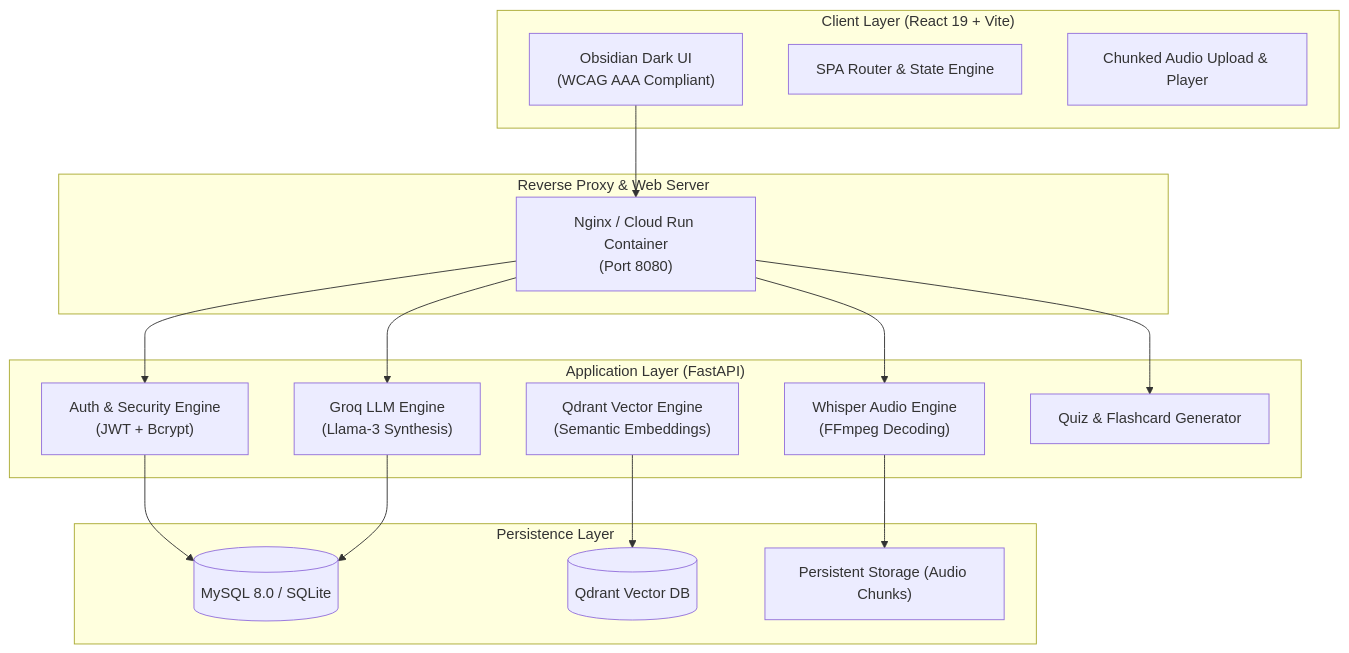
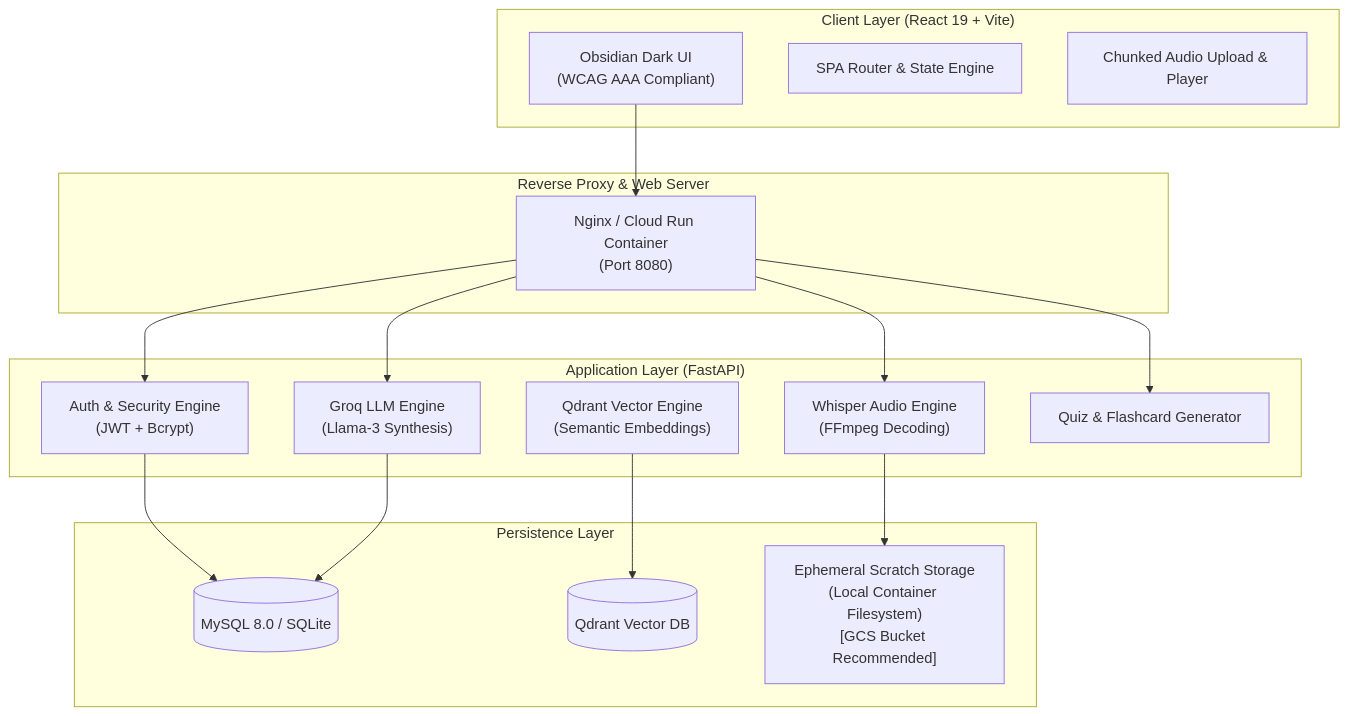
Before and after one commit to utsav890/SmartNotesGenerator: the diagram in README.md, drawn with Mermaid. The commit also changed other lines of this file and 14 other files, not shown here.

````diff
--- a/README.md
+++ b/README.md
@@ -31,37 +31,37 @@
 ```mermaid
 flowchart TD
     subgraph Client ["Client Layer (React 19 + Vite)"]
         UI["Obsidian Dark UI\n(WCAG AAA Compliant)"]
         Router["SPA Router & State Engine"]
         AudioUploader["Chunked Audio Upload & Player"]
     end
 
     subgraph Gateway ["Reverse Proxy & Web Server"]
         Nginx["Nginx / Cloud Run Container\n(Port 8080)"]
     end
 
     subgraph Backend ["Application Layer (FastAPI)"]
         AuthSvc["Auth & Security Engine\n(JWT + Bcrypt)"]
         TranscribeSvc["Whisper Audio Engine\n(FFmpeg Decoding)"]
         LLMSvc["Groq LLM Engine\n(Llama-3 Synthesis)"]
         VectorSvc["Qdrant Vector Engine\n(Semantic Embeddings)"]
         QuizEngine["Quiz & Flashcard Generator"]
     end
 
     subgraph Storage ["Persistence Layer"]
         DB[(MySQL 8.0 / SQLite)]
         VectorDB[(Qdrant Vector DB)]
-        DiskStore["Persistent Storage (Audio Chunks)"]
+        DiskStore["Ephemeral Scratch Storage\n(Local Container Filesystem)\n[GCS Bucket Recommended]"]
     end
 
     UI --> Nginx
     Nginx --> AuthSvc
     Nginx --> TranscribeSvc
     Nginx --> LLMSvc
     Nginx --> QuizEngine
     
     AuthSvc --> DB
     TranscribeSvc --> DiskStore
     LLMSvc --> DB
     VectorSvc --> VectorDB
 ```
````
